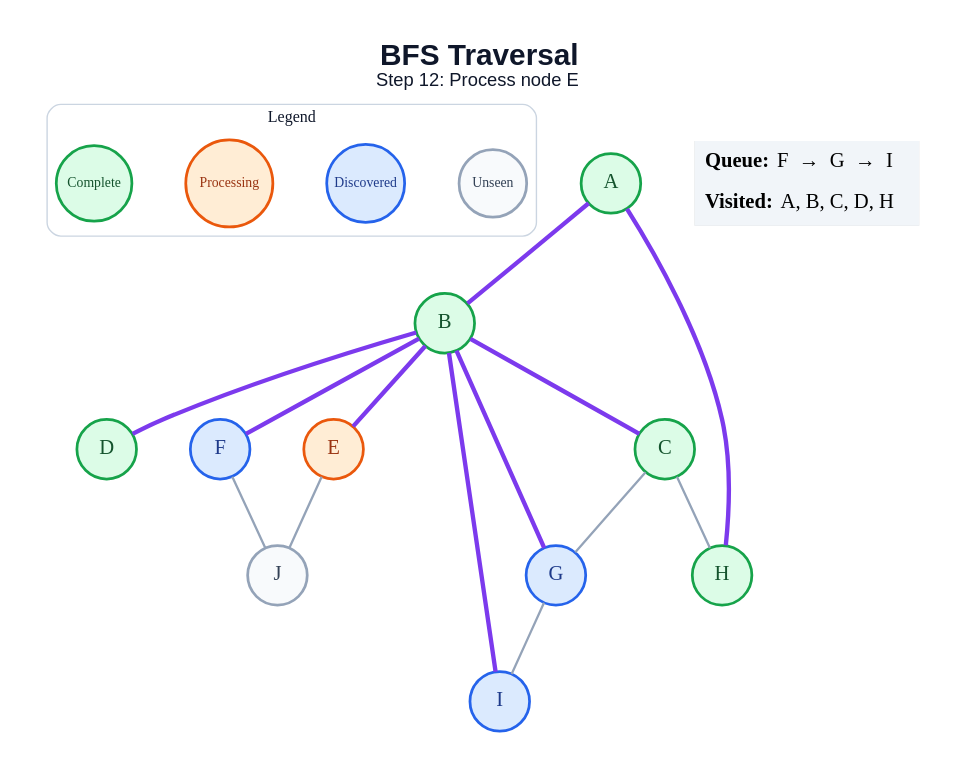
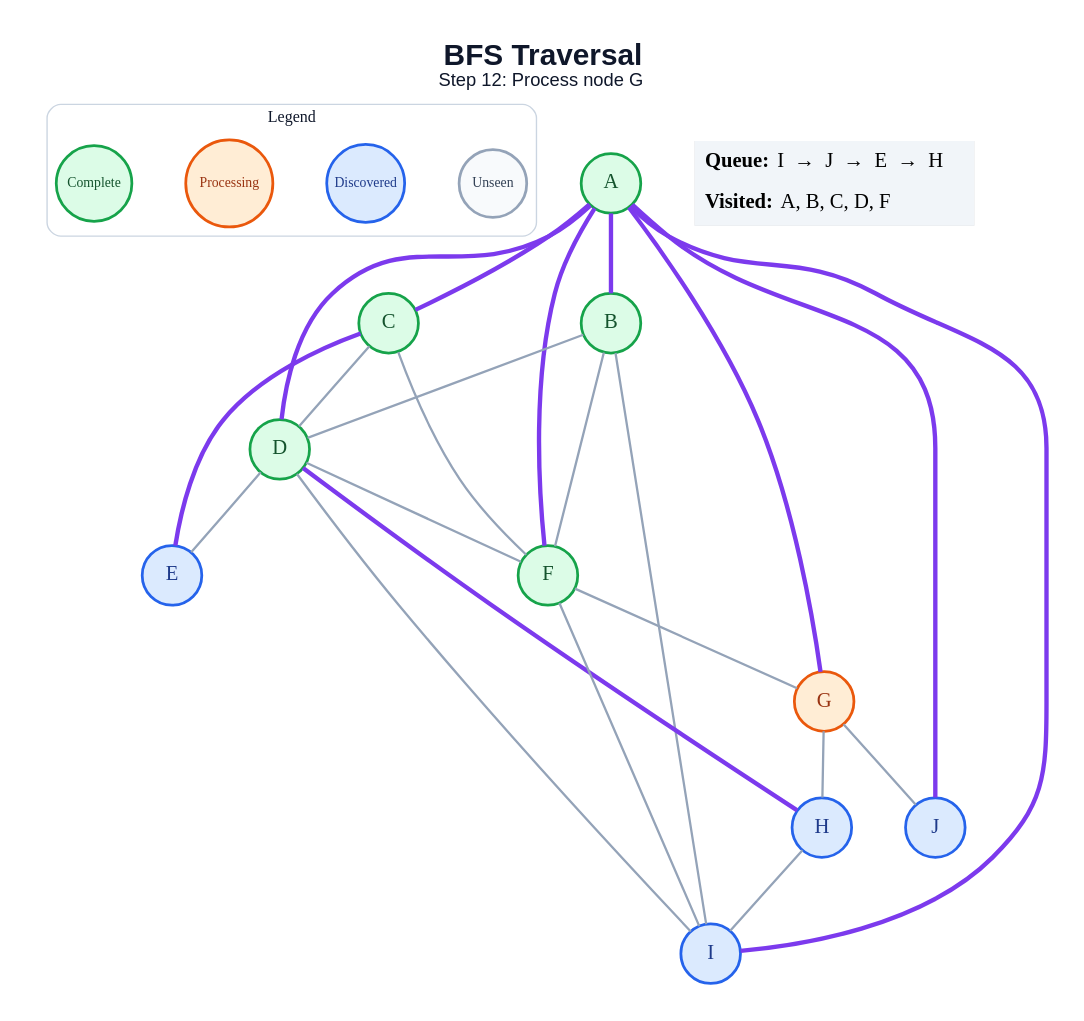
Before and after one commit to amanghodawala9/ai-slop: the diagram in generated/bfs/step_12.dot, drawn with Graphviz. The commit also changed 178 other files, not shown here.

```diff
--- a/generated/bfs/step_12.dot
+++ b/generated/bfs/step_12.dot
@@ -1,42 +1,51 @@
 graph traversal {
   graph [layout=dot, rankdir=TB, bgcolor="#FFFFFF", pad="0.35", nodesep="0.65", ranksep="0.8", fontname="Arial"];
   node [shape=circle, style="filled", fontname="Arial Bold", fontsize=18, width=0.72, fixedsize=true, penwidth=2.4];
   edge [color="#94A3B8", penwidth=2.0];
-  label=<<B>BFS Traversal</B><BR/><FONT POINT-SIZE="16">Step 12: Process node E</FONT>>; labelloc="t"; fontsize=26; fontname="Arial"; fontcolor="#0F172A";
+  label=<<B>BFS Traversal</B><BR/><FONT POINT-SIZE="16">Step 12: Process node G</FONT>>; labelloc="t"; fontsize=26; fontname="Arial"; fontcolor="#0F172A";
   subgraph cluster_legend { label="Legend"; color="#CBD5E1"; penwidth=1.2; style="rounded"; fontsize=14; fontname="Arial Bold";
     key_unseen [label="Unseen", fillcolor="#F8FAFC", color="#94A3B8", fontcolor="#334155", fontsize=12, width=0.82];
     key_frontier [label="Discovered", fillcolor="#DBEAFE", color="#2563EB", fontcolor="#1E3A8A", fontsize=12, width=0.95];
     key_current [label="Processing", fillcolor="#FFEDD5", color="#EA580C", fontcolor="#9A3412", fontsize=12, width=1.05];
     key_done [label="Complete", fillcolor="#DCFCE7", color="#16A34A", fontcolor="#14532D", fontsize=12, width=0.92];
     { rank=same; key_unseen; key_frontier; key_current; key_done; }
   }
   A [fillcolor="#DCFCE7", color="#16A34A", fontcolor="#14532D"];
   B [fillcolor="#DCFCE7", color="#16A34A", fontcolor="#14532D"];
   C [fillcolor="#DCFCE7", color="#16A34A", fontcolor="#14532D"];
   D [fillcolor="#DCFCE7", color="#16A34A", fontcolor="#14532D"];
-  E [fillcolor="#FFEDD5", color="#EA580C", fontcolor="#9A3412"];
-  F [fillcolor="#DBEAFE", color="#2563EB", fontcolor="#1E3A8A"];
-  G [fillcolor="#DBEAFE", color="#2563EB", fontcolor="#1E3A8A"];
-  H [fillcolor="#DCFCE7", color="#16A34A", fontcolor="#14532D"];
+  E [fillcolor="#DBEAFE", color="#2563EB", fontcolor="#1E3A8A"];
+  F [fillcolor="#DCFCE7", color="#16A34A", fontcolor="#14532D"];
+  G [fillcolor="#FFEDD5", color="#EA580C", fontcolor="#9A3412"];
+  H [fillcolor="#DBEAFE", color="#2563EB", fontcolor="#1E3A8A"];
   I [fillcolor="#DBEAFE", color="#2563EB", fontcolor="#1E3A8A"];
-  J [fillcolor="#F8FAFC", color="#94A3B8", fontcolor="#334155"];
+  J [fillcolor="#DBEAFE", color="#2563EB", fontcolor="#1E3A8A"];
   A -- B [color="#7C3AED", penwidth=3.8];
-  A -- H [color="#7C3AED", penwidth=3.8];
-  B -- C [color="#7C3AED", penwidth=3.8];
-  B -- D [color="#7C3AED", penwidth=3.8];
-  B -- E [color="#7C3AED", penwidth=3.8];
-  B -- F [color="#7C3AED", penwidth=3.8];
-  B -- G [color="#7C3AED", penwidth=3.8];
-  B -- I [color="#7C3AED", penwidth=3.8];
-  C -- G;
-  C -- H;
-  E -- J;
-  F -- J;
-  G -- I;
+  A -- C [color="#7C3AED", penwidth=3.8];
+  A -- D [color="#7C3AED", penwidth=3.8];
+  A -- F [color="#7C3AED", penwidth=3.8];
+  A -- G [color="#7C3AED", penwidth=3.8];
+  A -- I [color="#7C3AED", penwidth=3.8];
+  A -- J [color="#7C3AED", penwidth=3.8];
+  B -- D;
+  B -- F;
+  B -- I;
+  C -- D;
+  C -- E [color="#7C3AED", penwidth=3.8];
+  C -- F;
+  D -- E;
+  D -- F;
+  D -- H [color="#7C3AED", penwidth=3.8];
+  D -- I;
+  F -- G;
+  F -- I;
+  G -- H;
+  G -- J;
+  H -- I;
   status [shape=plain, fixedsize=false, width=0, height=0, margin=0, label=<
     <TABLE BORDER="0" CELLBORDER="0" CELLPADDING="7" BGCOLOR="#F1F5F9">
-      <TR><TD ALIGN="LEFT"><B>Queue:</B> F  →  G  →  I</TD></TR>
-      <TR><TD ALIGN="LEFT"><B>Visited:</B> A, B, C, D, H</TD></TR>
+      <TR><TD ALIGN="LEFT"><B>Queue:</B> I  →  J  →  E  →  H</TD></TR>
+      <TR><TD ALIGN="LEFT"><B>Visited:</B> A, B, C, D, F</TD></TR>
     </TABLE>
   >];
 }
```
